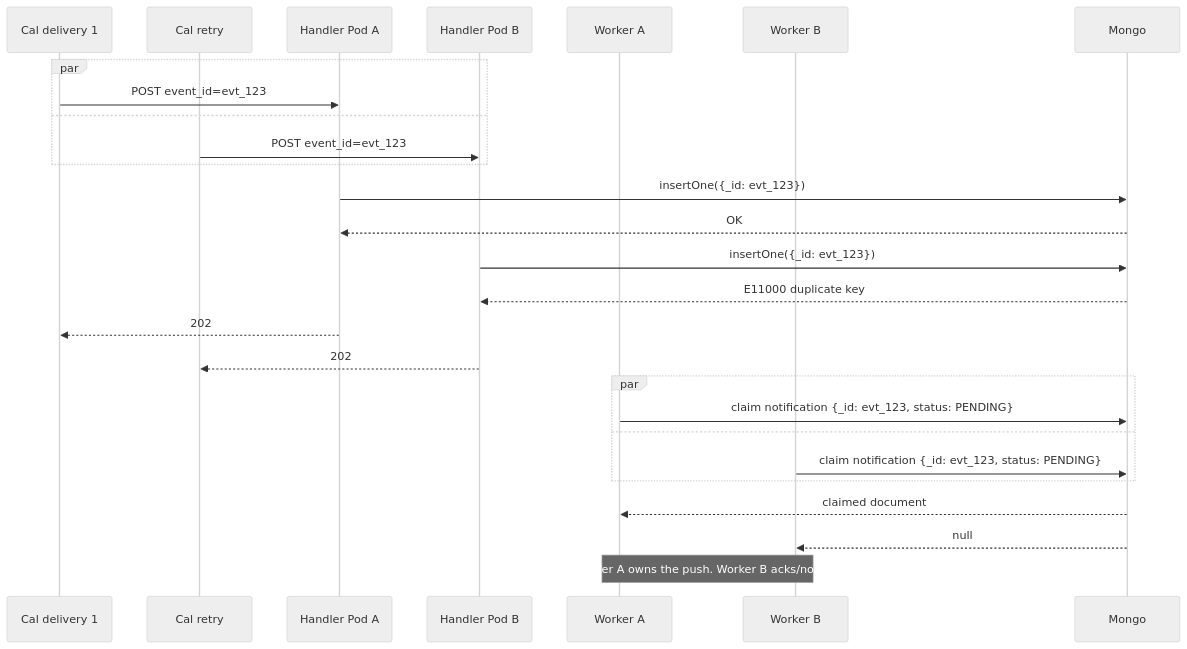
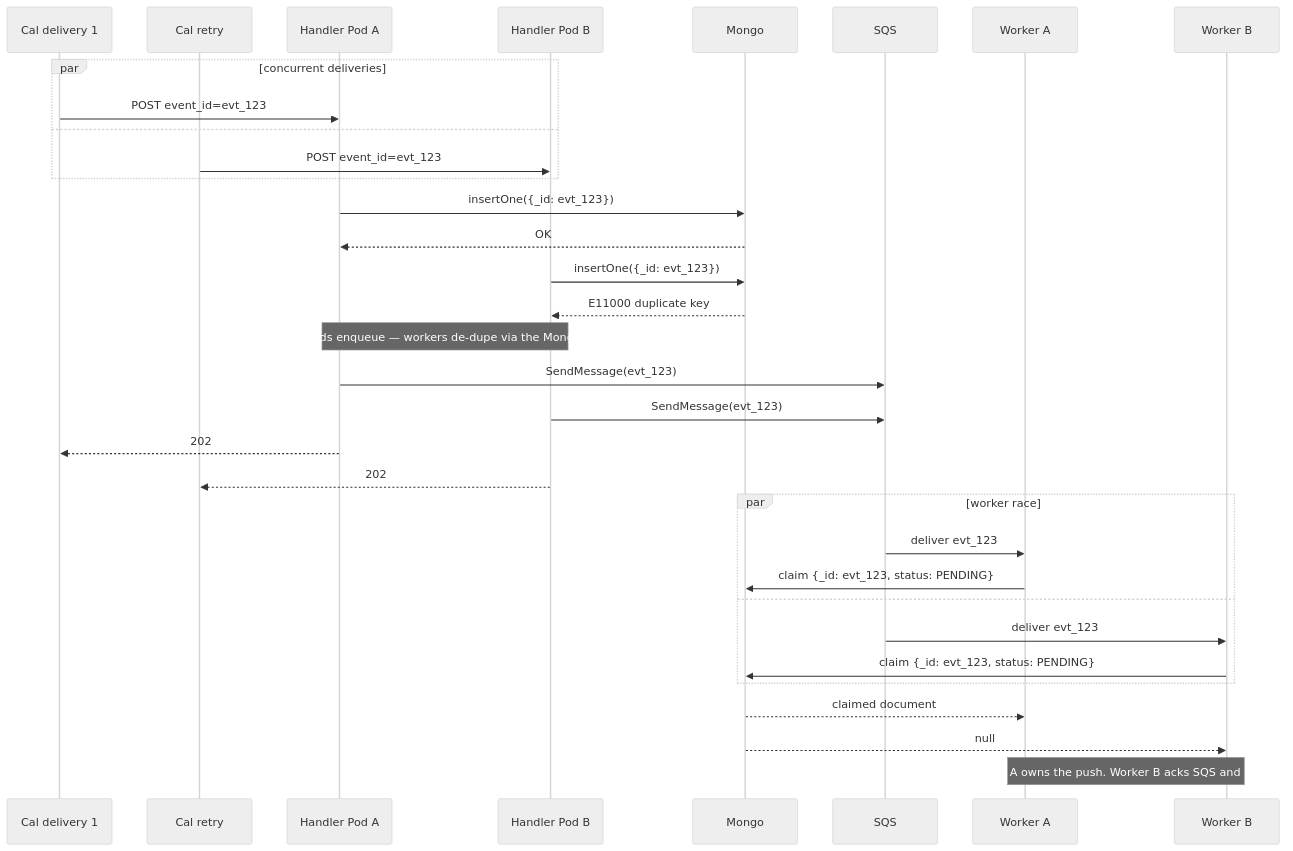
The third of 3 diagrams in architecture.md (YoniRipp/TravelIO-arch), drawn with Mermaid (neutral theme) before and after one commit. The commit also changed other lines of this file, not shown here.

````diff
--- a/architecture.md
+++ b/architecture.md
@@ -94,33 +111,41 @@
 ```mermaid
 sequenceDiagram
     participant CalA as Cal delivery 1
     participant CalB as Cal retry
     participant PodA as Handler Pod A
     participant PodB as Handler Pod B
+    participant Mongo
+    participant SQS
     participant WorkerA as Worker A
     participant WorkerB as Worker B
-    participant Mongo
 
-    par
+    par concurrent deliveries
         CalA->>PodA: POST event_id=evt_123
     and
         CalB->>PodB: POST event_id=evt_123
     end
 
     PodA->>Mongo: insertOne({_id: evt_123})
     Mongo-->>PodA: OK
     PodB->>Mongo: insertOne({_id: evt_123})
     Mongo-->>PodB: E11000 duplicate key
+
+    Note over PodA,PodB: Both pods enqueue — workers de-dupe via the Mongo claim
+    PodA->>SQS: SendMessage(evt_123)
+    PodB->>SQS: SendMessage(evt_123)
+
     PodA-->>CalA: 202
     PodB-->>CalB: 202
 
-    par
-        WorkerA->>Mongo: claim notification {_id: evt_123, status: PENDING}
+    par worker race
+        SQS->>WorkerA: deliver evt_123
+        WorkerA->>Mongo: claim {_id: evt_123, status: PENDING}
     and
-        WorkerB->>Mongo: claim notification {_id: evt_123, status: PENDING}
+        SQS->>WorkerB: deliver evt_123
+        WorkerB->>Mongo: claim {_id: evt_123, status: PENDING}
     end
 
     Mongo-->>WorkerA: claimed document
     Mongo-->>WorkerB: null
-    Note over WorkerA,WorkerB: Worker A owns the push. Worker B acks/no-ops.
+    Note over WorkerA,WorkerB: Worker A owns the push. Worker B acks SQS and no-ops.
 ```
````
